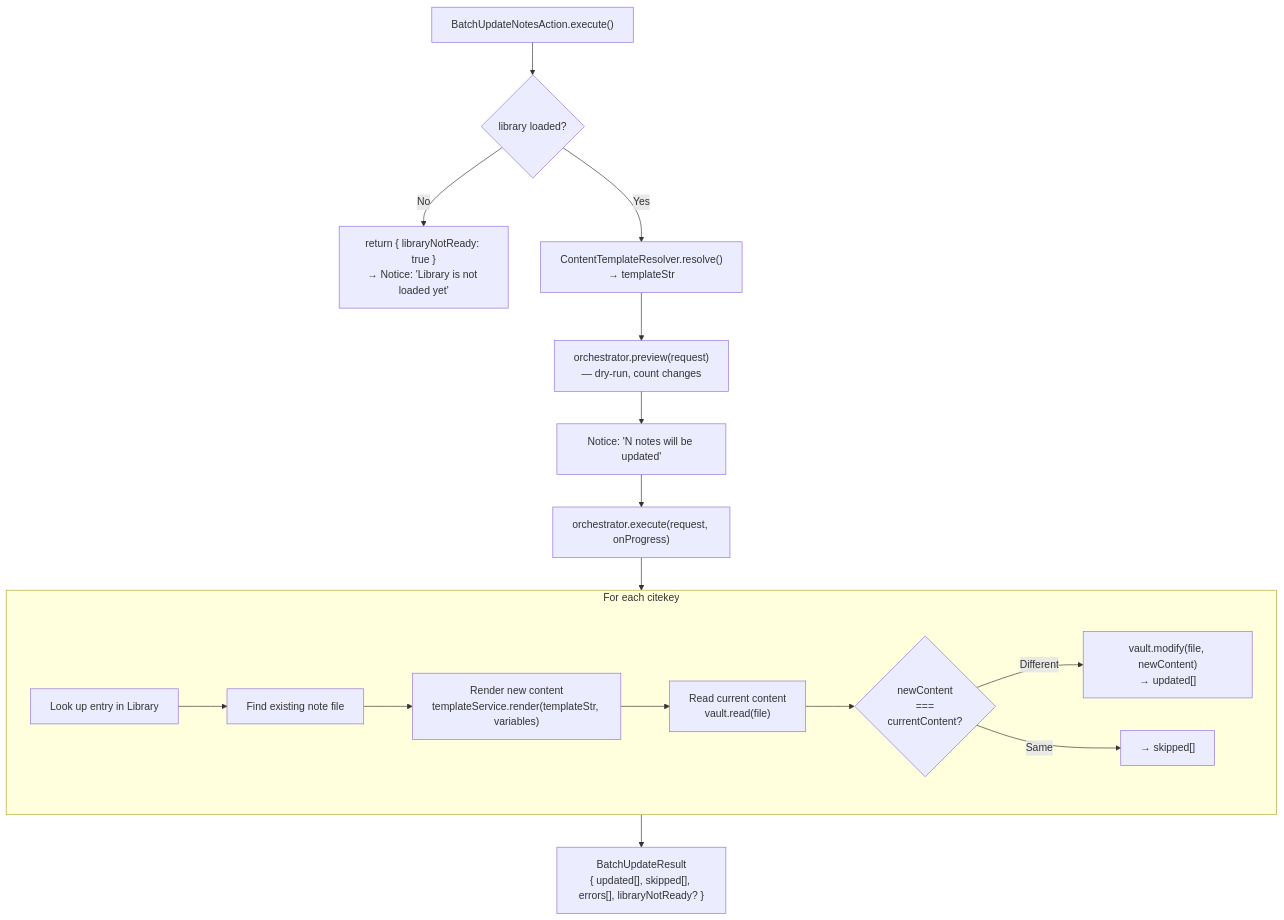
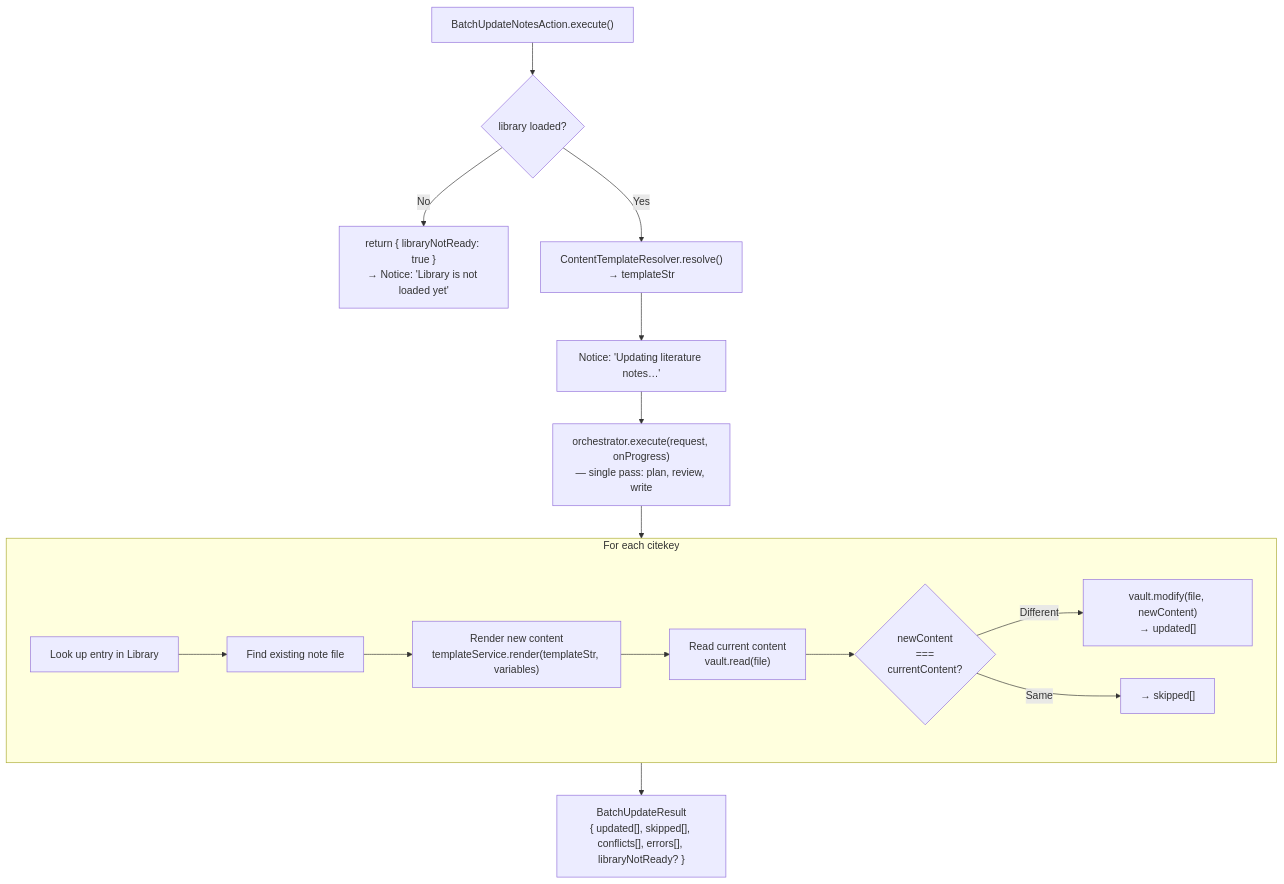
One commit to akhmialeuski/obsidian-citation-extended changed diagram 18 of 23 in docs/architecture.md. Above: the diagram before and after it, drawn with Mermaid. The commit also changed other lines of this file and 25 other files, not shown here.

````diff
--- a/docs/architecture.md
+++ b/docs/architecture.md
@@ -943,28 +943,27 @@
 ```mermaid
 flowchart TD
     START["BatchUpdateNotesAction.execute()"]
 
     START --> CHECK{"library loaded?"}
     CHECK -->|No| EARLY["return { libraryNotReady: true }\n→ Notice: 'Library is not loaded yet'"]
     CHECK -->|Yes| RESOLVE["ContentTemplateResolver.resolve()\n→ templateStr"]
-    RESOLVE --> PREVIEW["orchestrator.preview(request)\n— dry-run, count changes"]
-    PREVIEW --> NOTIFY["Notice: 'N notes will be updated'"]
-    NOTIFY --> EXEC["orchestrator.execute(request, onProgress)"]
+    RESOLVE --> NOTIFY["Notice: 'Updating literature notes…'"]
+    NOTIFY --> EXEC["orchestrator.execute(request, onProgress)\n— single pass: plan, review, write"]
 
     subgraph Loop["For each citekey"]
         ENTRY["Look up entry in Library"]
         FIND["Find existing note file"]
         RENDER["Render new content\ntemplateService.render(templateStr, variables)"]
         READ["Read current content\nvault.read(file)"]
         DIFF{"newContent\n===\ncurrentContent?"}
         WRITE["vault.modify(file, newContent)\n→ updated[]"]
         SKIP["→ skipped[]"]
 
         ENTRY --> FIND --> RENDER --> READ --> DIFF
         DIFF -->|Different| WRITE
         DIFF -->|Same| SKIP
     end
 
     EXEC --> Loop
-    Loop --> RESULT["BatchUpdateResult\n{ updated[], skipped[], errors[], libraryNotReady? }"]
+    Loop --> RESULT["BatchUpdateResult\n{ updated[], skipped[], conflicts[], errors[], libraryNotReady? }"]
 ```
````
